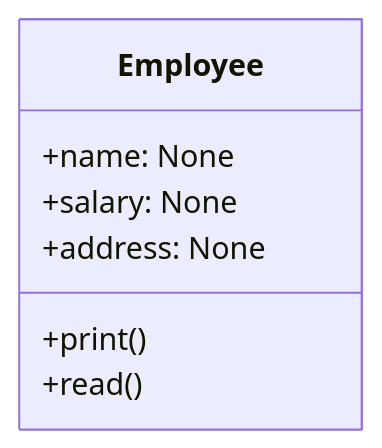
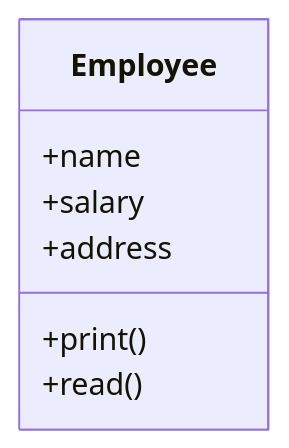
The third of 4 diagrams in Class and objects/Methods.md (AhmeDiaaU/PythonDocumentation), drawn with Mermaid before and after one commit. The commit also changed other lines of this file, not shown here.

````diff
--- a/Class and objects/Methods.md
+++ b/Class and objects/Methods.md
@@ -92,10 +92,10 @@
 ```mermaid
 classDiagram
     class Employee {
-        +name: None
-        +salary: None
-        +address: None
+        +name
+        +salary
+        +address
         +print()
         +read()
     }
 ```
````
